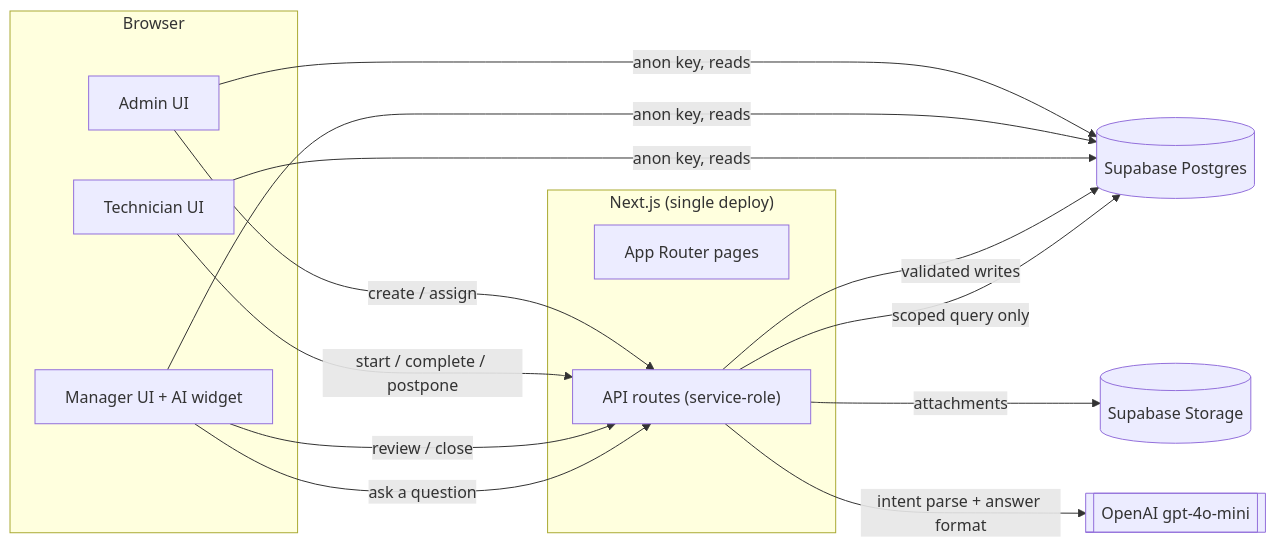
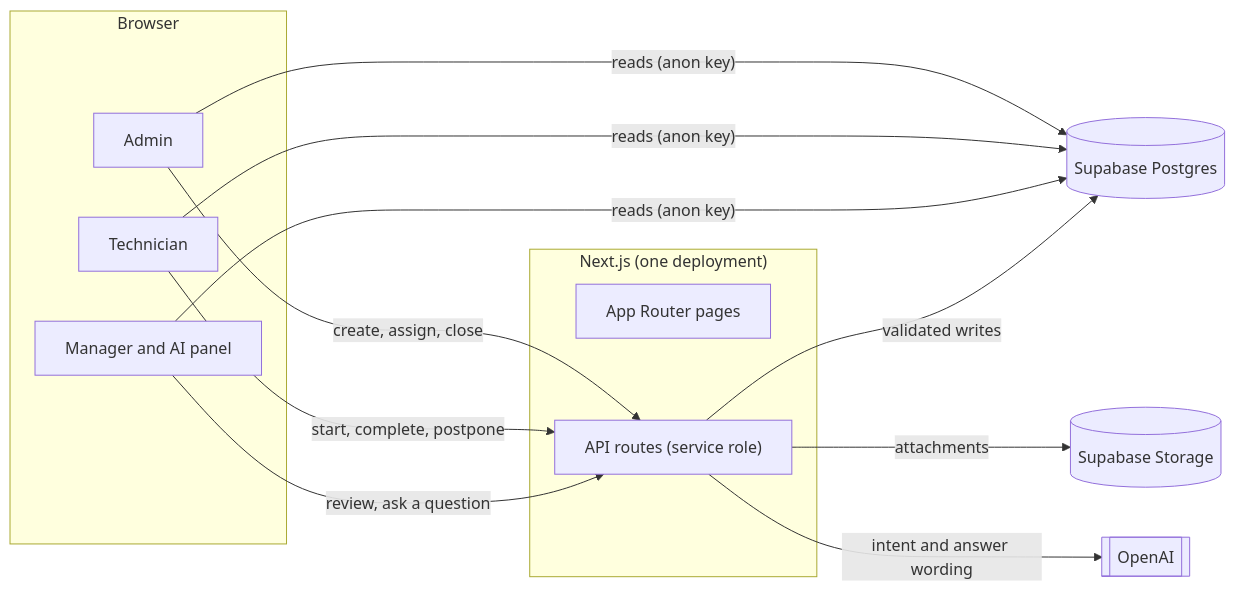
Before and after one commit to wudiclann/cold_service: the diagram in README.md, drawn with Mermaid. The commit also changed other lines of this file and 51 other files, not shown here.

First line of the commit message:
Redesign the frontend as Cold Service and extend the manager and admin flows

````diff
--- a/README.md
+++ b/README.md
@@ -80,31 +176,26 @@
 ```mermaid
 flowchart LR
     subgraph Browser
-        Admin[Admin UI]
-        Tech[Technician UI]
-        Manager[Manager UI + AI widget]
+        Admin[Admin]
+        Tech[Technician]
+        Manager[Manager and AI panel]
     end
 
-    subgraph "Next.js (single deploy)"
+    subgraph "Next.js (one deployment)"
         Pages[App Router pages]
-        API["API routes (service-role)"]
+        API["API routes (service role)"]
     end
 
     DB[(Supabase Postgres)]
     Storage[(Supabase Storage)]
-    OpenAI[[OpenAI gpt-4o-mini]]
+    OpenAI[[OpenAI]]
 
-    Admin -- anon key, reads --> DB
-    Manager -- anon key, reads --> DB
-    Tech -- anon key, reads --> DB
-
-    Admin -- create / assign --> API
-    Tech -- start / complete / postpone --> API
-    Manager -- review / close --> API
-    Manager -- ask a question --> API
+    Admin & Tech & Manager -- "reads (anon key)" --> DB
+    Admin -- create, assign, close --> API
+    Tech -- start, complete, postpone --> API
+    Manager -- review, ask a question --> API
 
     API -- validated writes --> DB
     API -- attachments --> Storage
-    API -- intent parse + answer format --> OpenAI
-    API -- scoped query only --> DB
+    API -- intent and answer wording --> OpenAI
 ```
````
